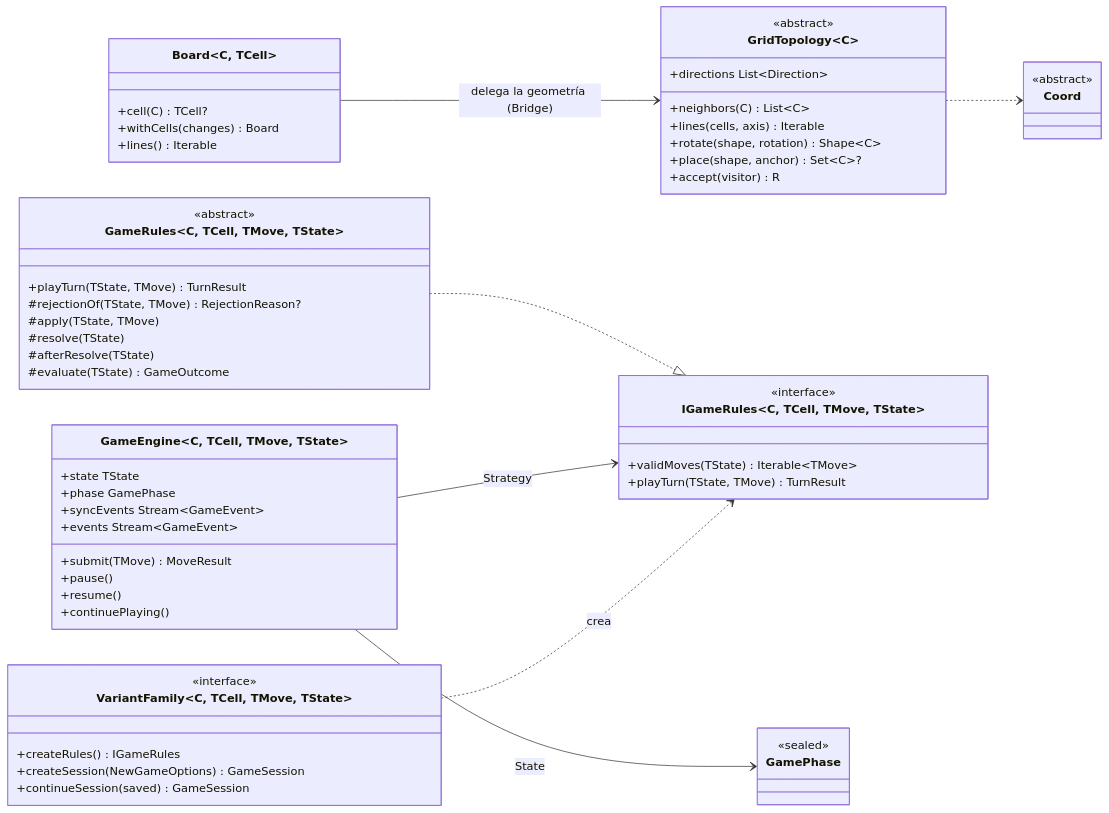
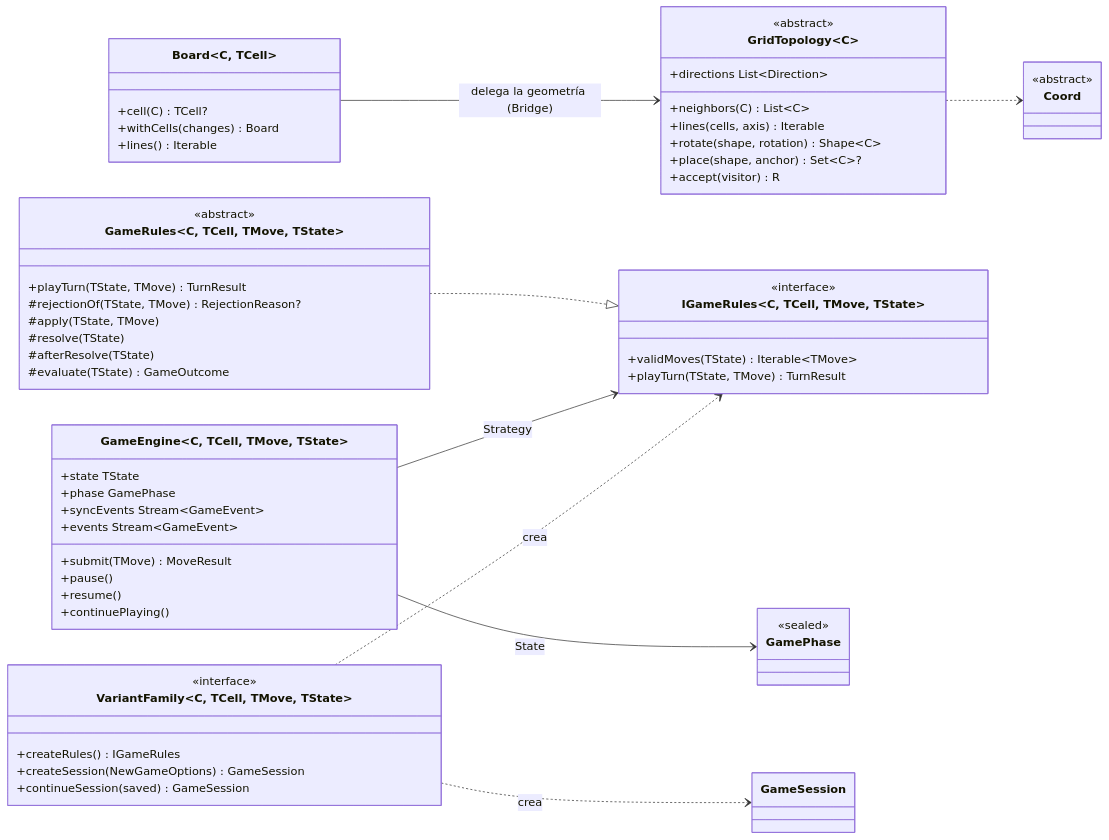
Before and after one commit to DanielHaro28/hexablock-app: the first of 2 diagrams in docs/architecture/ARQ-02-MOTOR.md, drawn with Mermaid. The commit also changed other lines of this file and 10 other files, not shown here.

Commit message:
refactor(engine): share the seed range and apply the architecture review

````diff
--- a/docs/architecture/ARQ-02-MOTOR.md
+++ b/docs/architecture/ARQ-02-MOTOR.md
@@ -59,60 +59,61 @@
 ```mermaid
 classDiagram
     direction LR
     class Coord {
       <<abstract>>
     }
     class GridTopology~C~ {
       <<abstract>>
       +neighbors(C) List~C~
       +lines(cells, axis) Iterable
       +directions List~Direction~
       +rotate(shape, rotation) Shape~C~
       +place(shape, anchor) Set~C~?
       +accept(visitor) R
     }
     class Board~C, TCell~ {
       +cell(C) TCell?
       +withCells(changes) Board
       +lines() Iterable
     }
     class IGameRules~C, TCell, TMove, TState~ {
       <<interface>>
       +validMoves(TState) Iterable~TMove~
       +playTurn(TState, TMove) TurnResult
     }
     class GameRules~C, TCell, TMove, TState~ {
       <<abstract>>
       +playTurn(TState, TMove) TurnResult
       #rejectionOf(TState, TMove) RejectionReason?
       #apply(TState, TMove)
       #resolve(TState)
       #afterResolve(TState)
       #evaluate(TState) GameOutcome
     }
     class GameEngine~C, TCell, TMove, TState~ {
       +state TState
       +phase GamePhase
       +syncEvents Stream~GameEvent~
       +events Stream~GameEvent~
       +submit(TMove) MoveResult
       +pause()
       +resume()
       +continuePlaying()
     }
     class GamePhase {
       <<sealed>>
     }
     class VariantFamily~C, TCell, TMove, TState~ {
       <<interface>>
       +createRules() IGameRules
       +createSession(NewGameOptions) GameSession
       +continueSession(saved) GameSession
     }
     Board --> GridTopology : delega la geometría (Bridge)
     GridTopology ..> Coord
     GameRules ..|> IGameRules
     GameEngine --> IGameRules : Strategy
     GameEngine --> GamePhase : State
     VariantFamily ..> IGameRules : crea
+    VariantFamily ..> GameSession : crea
 ```
````
